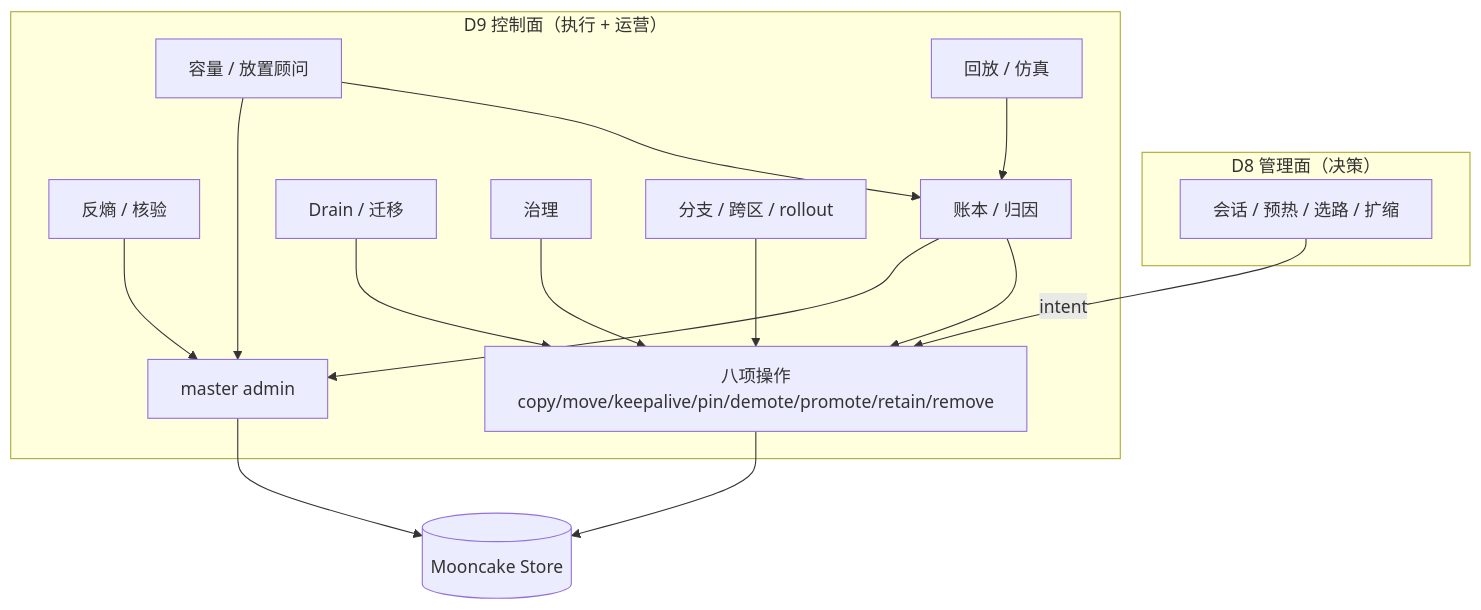
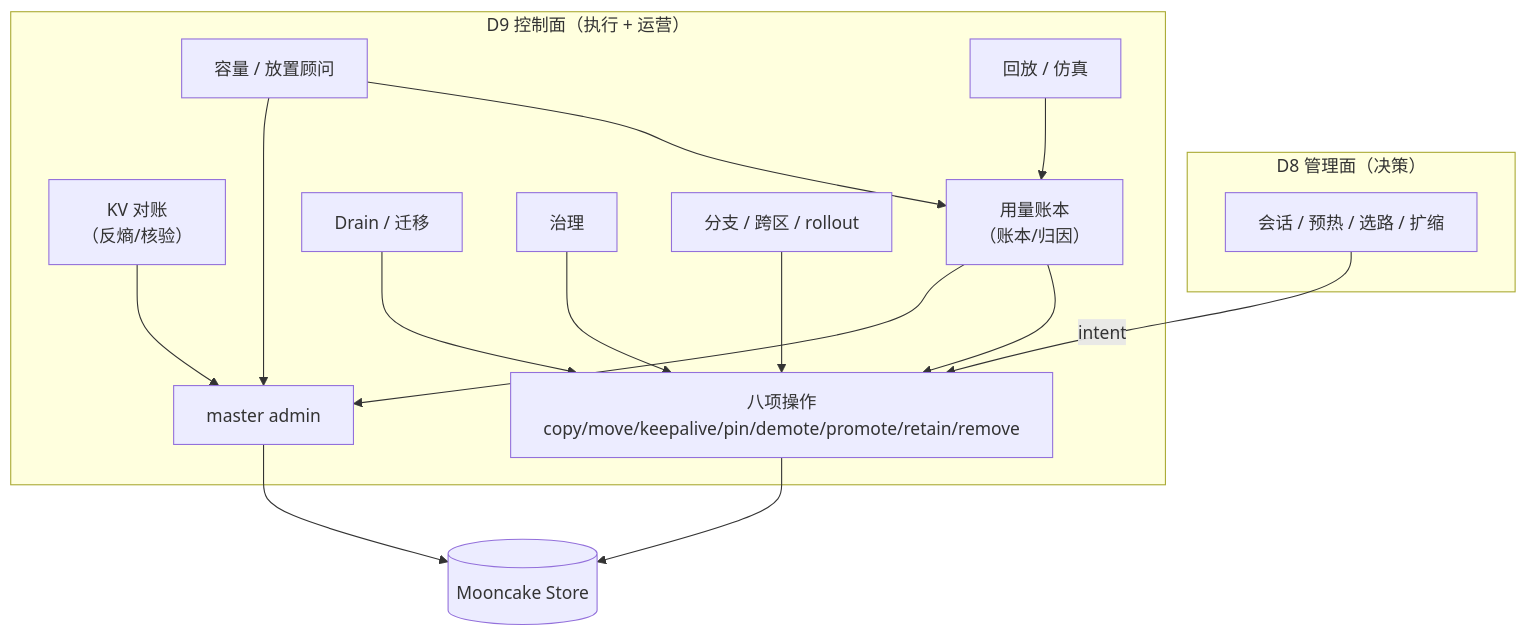
The first of 6 diagrams in kvcm/design/D9-kv-services.md (5x8-40/lake), drawn with Mermaid before and after one commit. The commit also changed other lines of this file and 3 other files, not shown here.

````diff
--- a/kvcm/design/D9-kv-services.md
+++ b/kvcm/design/D9-kv-services.md
@@ -38,31 +52,31 @@
 ```mermaid
 flowchart TB
     subgraph D8["D8 管理面（决策）"]
         L1["会话 / 预热 / 选路 / 扩缩"]
     end
 
     subgraph D9["D9 控制面（执行 + 运营）"]
         OPS["八项操作<br/>copy/move/keepalive/pin/demote/promote/retain/remove"]
-        VER["反熵 / 核验"]
-        LED["账本 / 归因"]
+        VER["KV 对账<br/>（反熵/核验）"]
+        LED["用量账本<br/>（账本/归因）"]
         CAP["容量 / 放置顾问"]
         DRA["Drain / 迁移"]
         GOV["治理"]
         SIM["回放 / 仿真"]
         EXT["分支 / 跨区 / rollout"]
         ADM["master admin"]
     end
 
     L1 -->|"intent"| OPS
     VER --> ADM
     LED --> OPS
     LED --> ADM
     CAP --> LED
     CAP --> ADM
     DRA --> OPS
     GOV --> OPS
     SIM --> LED
     EXT --> OPS
     OPS --> M[("Mooncake Store")]
     ADM --> M
 ```
````
